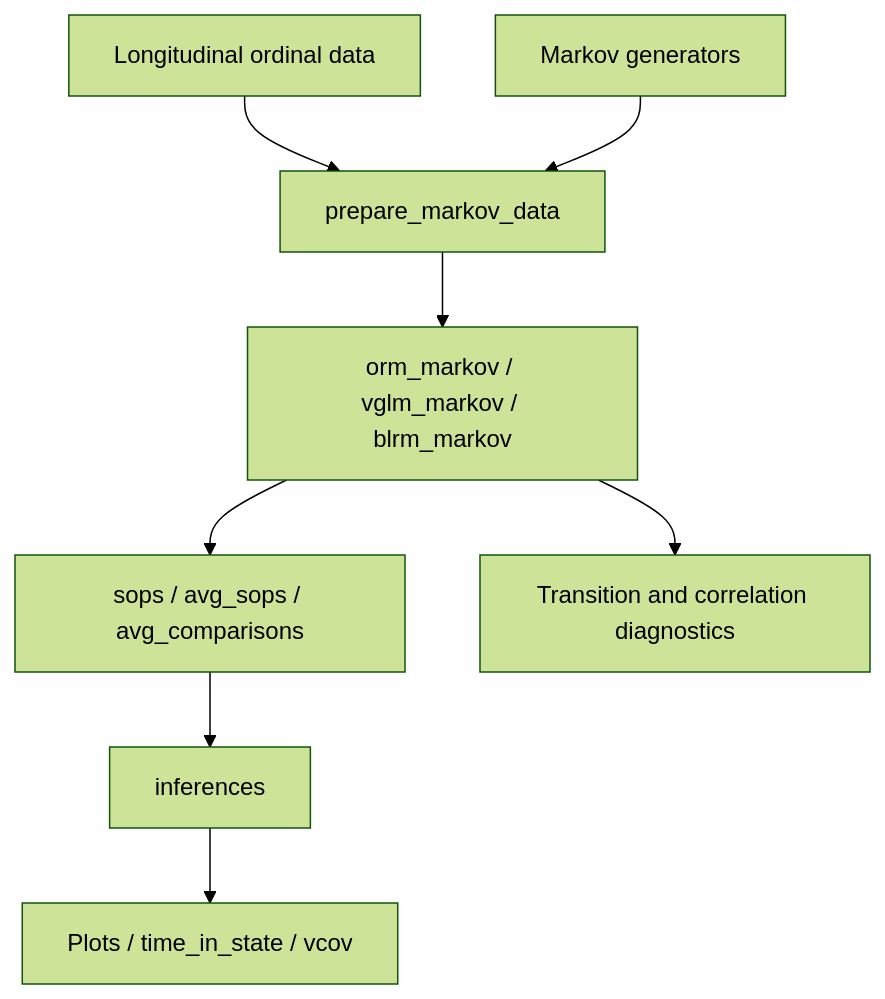
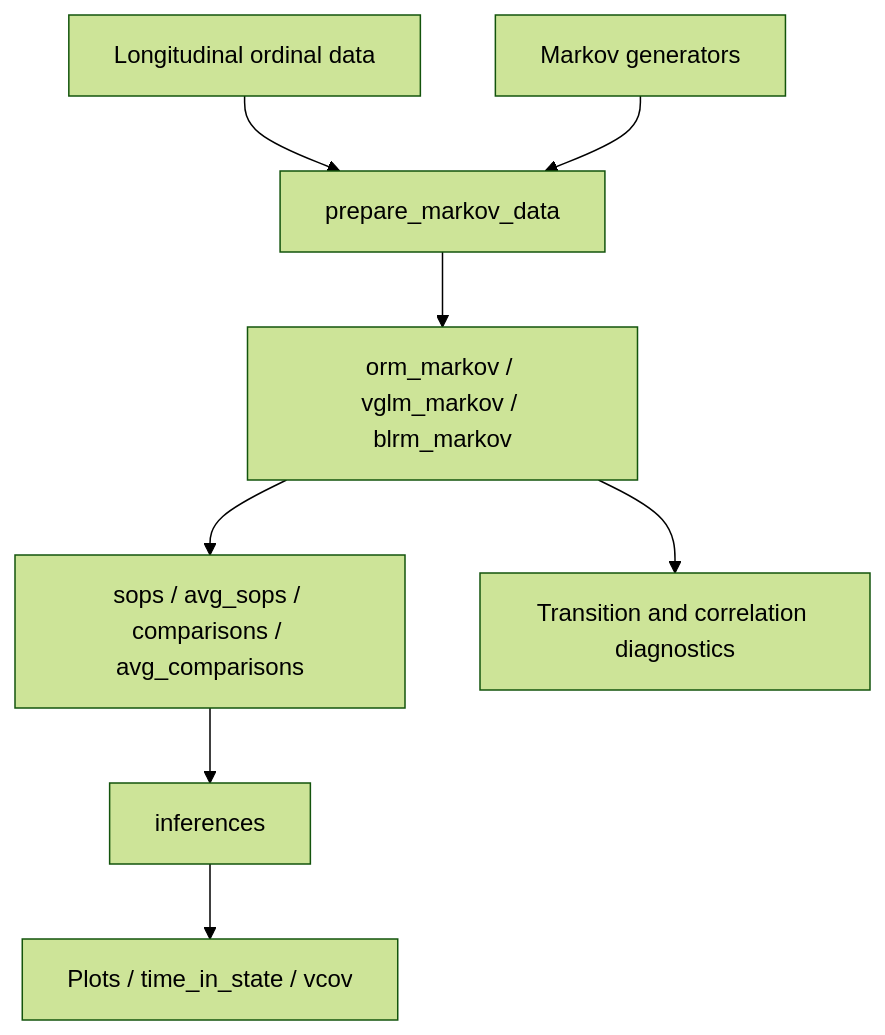
The first of 2 diagrams in ARCHITECTURE.md (scjohannes/mostr), drawn with Mermaid (forest theme) before and after one commit. The commit also changed other lines of this file and 12 other files, not shown here.

````diff
--- a/ARCHITECTURE.md
+++ b/ARCHITECTURE.md
@@ -60,10 +60,10 @@
 ```mermaid
 flowchart TD
     A[Longitudinal ordinal data] --> B[prepare_markov_data]
     G[Markov generators] --> B
     B --> C[orm_markov / vglm_markov / blrm_markov]
-    C --> D[sops / avg_sops / avg_comparisons]
+    C --> D[sops / avg_sops / comparisons / avg_comparisons]
     D --> E[inferences]
     E --> F[Plots / time_in_state / vcov]
     C --> H[Transition and correlation diagnostics]
 ```
````
